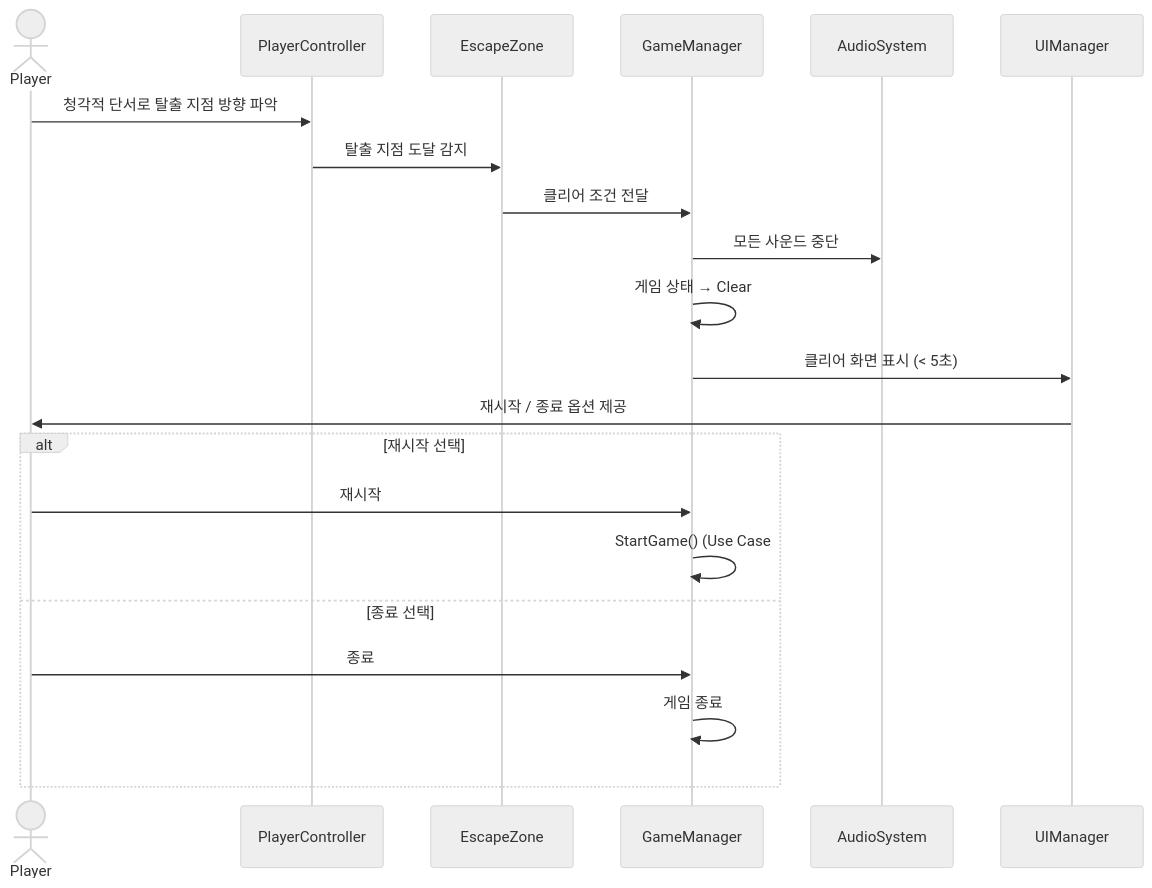
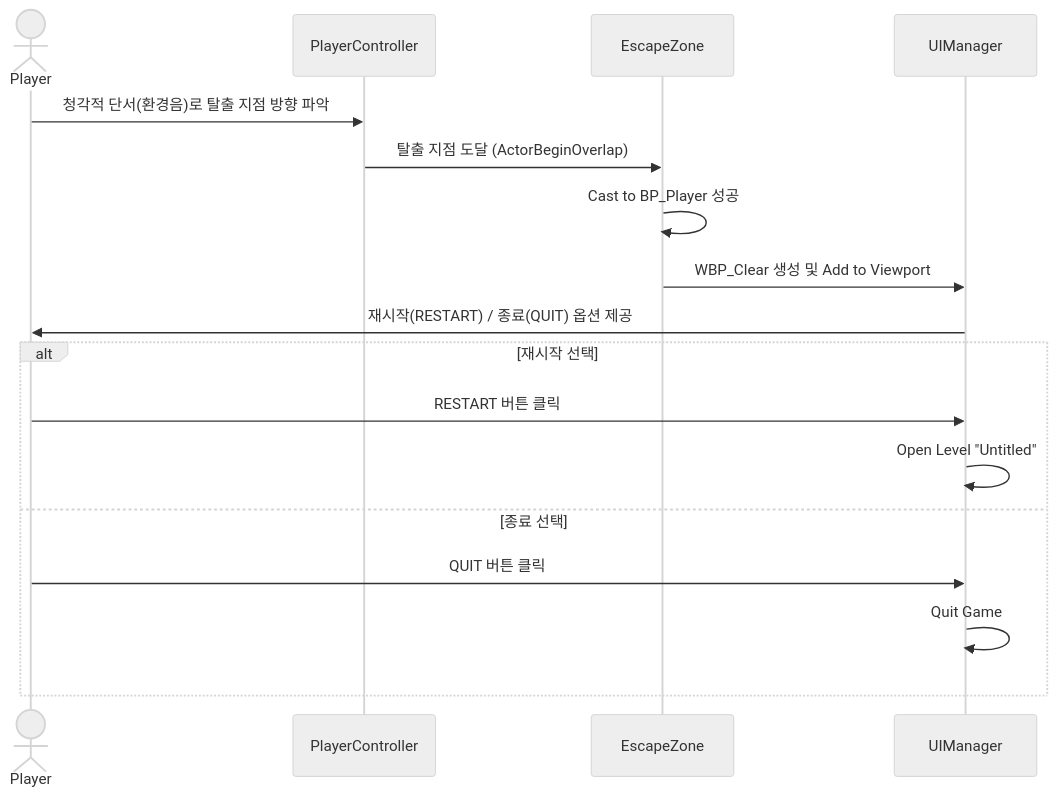
The seventh of 10 diagrams in Design.md (t153221/project1), drawn with Mermaid (neutral theme) before and after one commit. The commit also changed other lines of this file, not shown here.

Commit message:
Remove unimplemented classes (AudioSystem, GameManager) from Design.md

````diff
--- a/Design.md
+++ b/Design.md
@@ -337,26 +278,21 @@
 ```mermaid
 sequenceDiagram
     actor Player
     participant PlayerController
     participant EscapeZone
-    participant GameManager
-    participant AudioSystem
     participant UIManager
 
-    Player->>PlayerController: 청각적 단서로 탈출 지점 방향 파악
-    PlayerController->>EscapeZone: 탈출 지점 도달 감지
-    EscapeZone->>GameManager: 클리어 조건 전달
-
-    GameManager->>AudioSystem: 모든 사운드 중단
-    GameManager->>GameManager: 게임 상태 → Clear
-    GameManager->>UIManager: 클리어 화면 표시 (< 5초)
-    UIManager->>Player: 재시작 / 종료 옵션 제공
+    Player->>PlayerController: 청각적 단서(환경음)로 탈출 지점 방향 파악
+    PlayerController->>EscapeZone: 탈출 지점 도달 (ActorBeginOverlap)
+    EscapeZone->>EscapeZone: Cast to BP_Player 성공
+    EscapeZone->>UIManager: WBP_Clear 생성 및 Add to Viewport
+    UIManager->>Player: 재시작(RESTART) / 종료(QUIT) 옵션 제공
 
     alt 재시작 선택
-        Player->>GameManager: 재시작
-        GameManager->>GameManager: StartGame() (Use Case #1)
+        Player->>UIManager: RESTART 버튼 클릭
+        UIManager->>UIManager: Open Level "Untitled"
     else 종료 선택
-        Player->>GameManager: 종료
-        GameManager->>GameManager: 게임 종료
+        Player->>UIManager: QUIT 버튼 클릭
+        UIManager->>UIManager: Quit Game
     end
 ```
````
